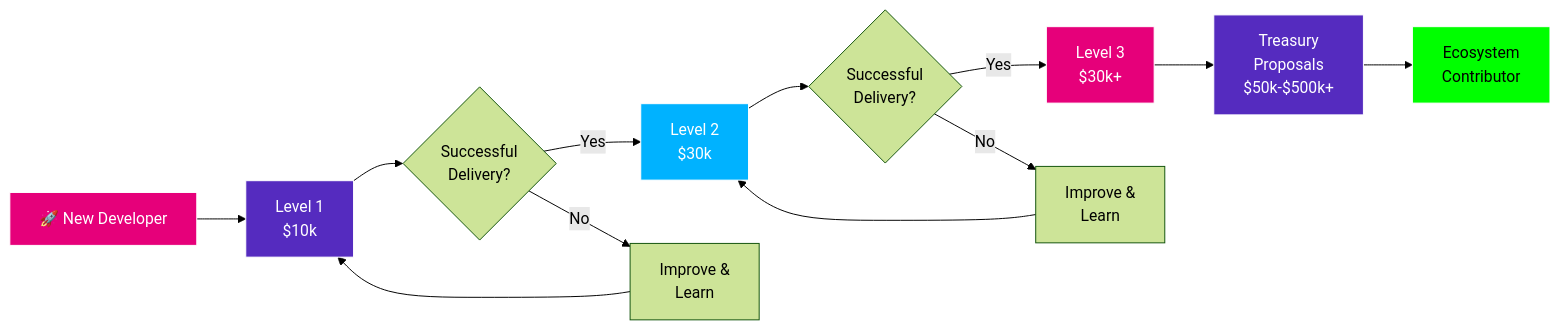
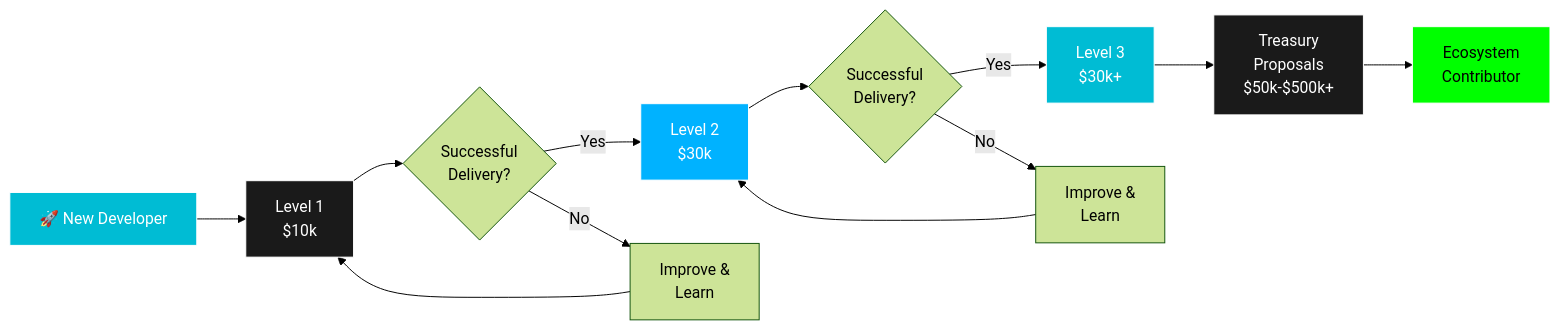
The third of 17 diagrams in slides/polkadot-grant-ecosystem.md (openguild-labs/polkadot-codecamp), drawn with Mermaid (forest theme) before and after one commit. The commit also changed other lines of this file and 6 other files, not shown here.

````diff
--- a/slides/polkadot-grant-ecosystem.md
+++ b/slides/polkadot-grant-ecosystem.md
@@ -156,23 +156,23 @@
 ```mermaid
 graph LR
     START[🚀 New Developer] --> L1[Level 1<br/>$10k]
     L1 --> SUCCESS1{Successful<br/>Delivery?}
     SUCCESS1 -->|Yes| L2[Level 2<br/>$30k]
     SUCCESS1 -->|No| IMPROVE1[Improve &<br/>Learn]
     IMPROVE1 --> L1
 
     L2 --> SUCCESS2{Successful<br/>Delivery?}
     SUCCESS2 -->|Yes| L3[Level 3<br/>$30k+]
     SUCCESS2 -->|No| IMPROVE2[Improve &<br/>Learn]
     IMPROVE2 --> L2
 
     L3 --> TREASURY[Treasury<br/>Proposals<br/>$50k-$500k+]
     TREASURY --> ECOSYSTEM[Ecosystem<br/>Contributor]
 
-    style START fill:#E6007A,stroke:#fff,color:#fff
-    style L1 fill:#552BBF,stroke:#fff,color:#fff
+    style START fill:#00BCD4,stroke:#fff,color:#fff
+    style L1 fill:#1a1a1a,stroke:#fff,color:#fff
     style L2 fill:#00B2FF,stroke:#fff,color:#fff
-    style L3 fill:#E6007A,stroke:#fff,color:#fff
-    style TREASURY fill:#552BBF,stroke:#fff,color:#fff
+    style L3 fill:#00BCD4,stroke:#fff,color:#fff
+    style TREASURY fill:#1a1a1a,stroke:#fff,color:#fff
     style ECOSYSTEM fill:#00ff00,stroke:#fff,color:#000
 ```
````
